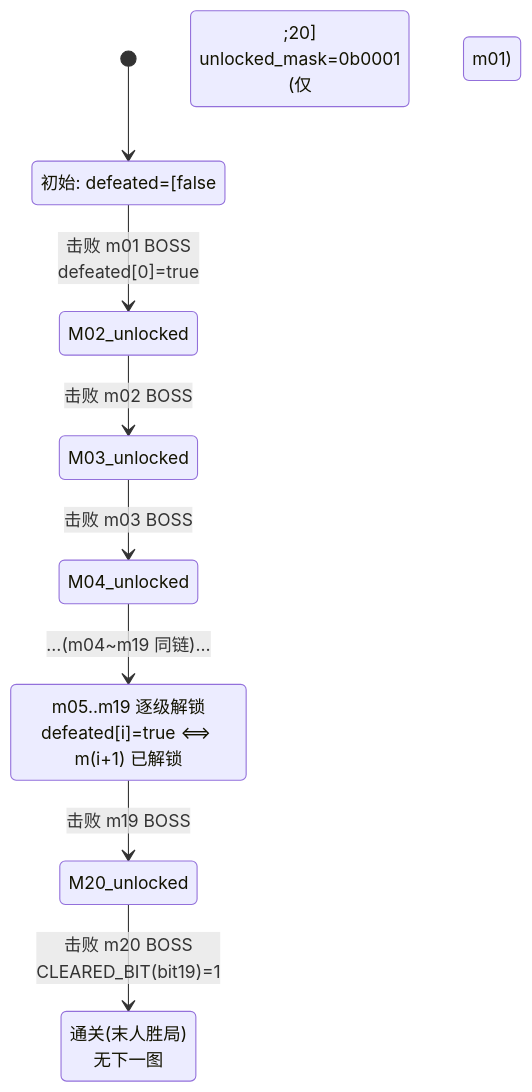
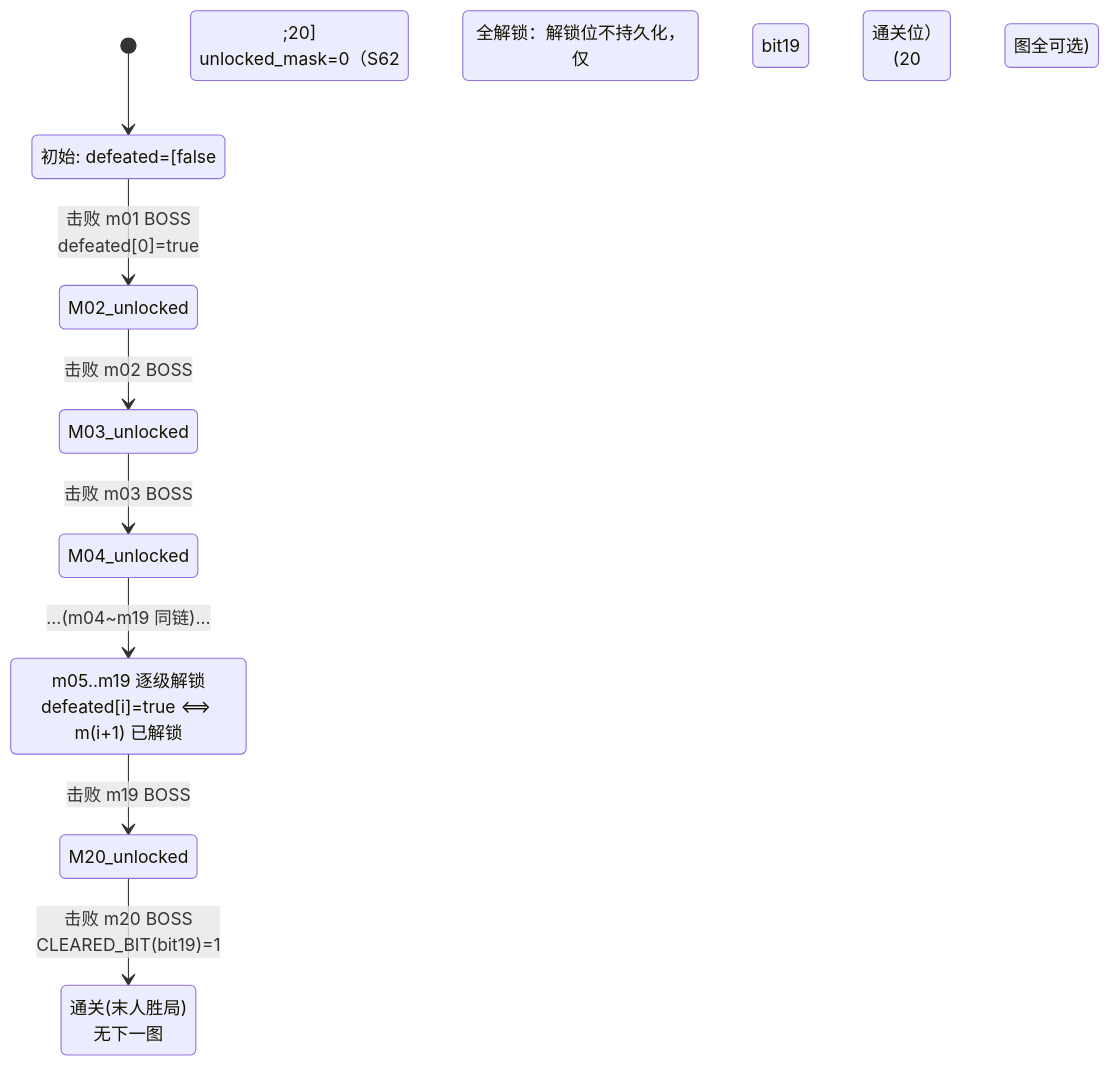
The fifth of 14 diagrams in docs/business/01_game_logic_overview.md (qwsaeda/TreasureIsl), drawn with Mermaid before and after one commit. The commit also changed other lines of this file and 21 other files, not shown here.

````diff
--- a/docs/business/01_game_logic_overview.md
+++ b/docs/business/01_game_logic_overview.md
@@ -165,13 +165,13 @@
 ```mermaid
 stateDiagram-v2
     [*] --> M01_unlocked
-    M01_unlocked: 初始: defeated=[false;20]<br/>unlocked_mask=0b0001<br/>(仅 m01)
+    M01_unlocked: 初始: defeated=[false;20]<br/>unlocked_mask=0（S62 全解锁：解锁位不持久化，仅 bit19 通关位）<br/>(20 图全可选)
     M01_unlocked --> M02_unlocked : 击败 m01 BOSS<br/>defeated[0]=true
     M02_unlocked --> M03_unlocked : 击败 m02 BOSS
     M03_unlocked --> M04_unlocked : 击败 m03 BOSS
     M04_unlocked --> Mid_unlocked : …(m04~m19 同链)…
     Mid_unlocked: m05..m19 逐级解锁<br/>defeated[i]=true ⟺ m(i+1) 已解锁
     Mid_unlocked --> M20_unlocked : 击败 m19 BOSS
     M20_unlocked --> CLEARED : 击败 m20 BOSS<br/>CLEARED_BIT(bit19)=1
     CLEARED: 通关(末人胜局)<br/>无下一图
 ```
````
